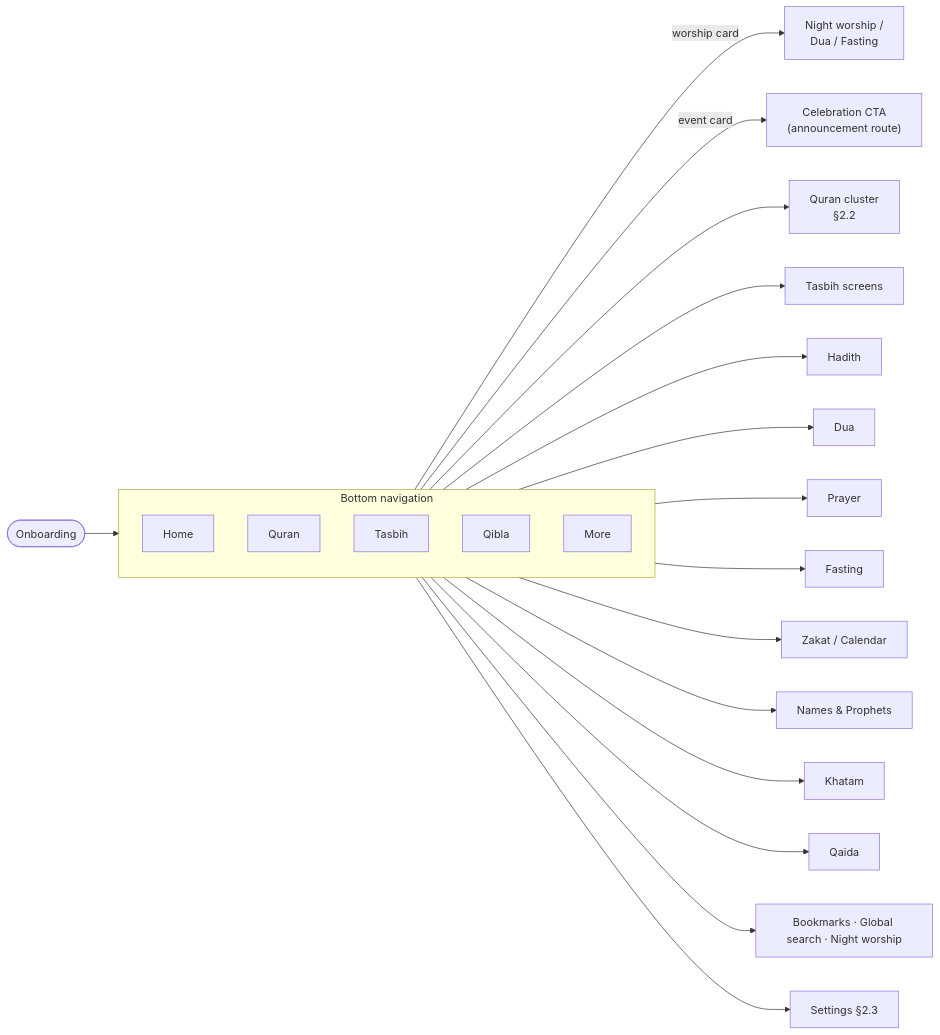
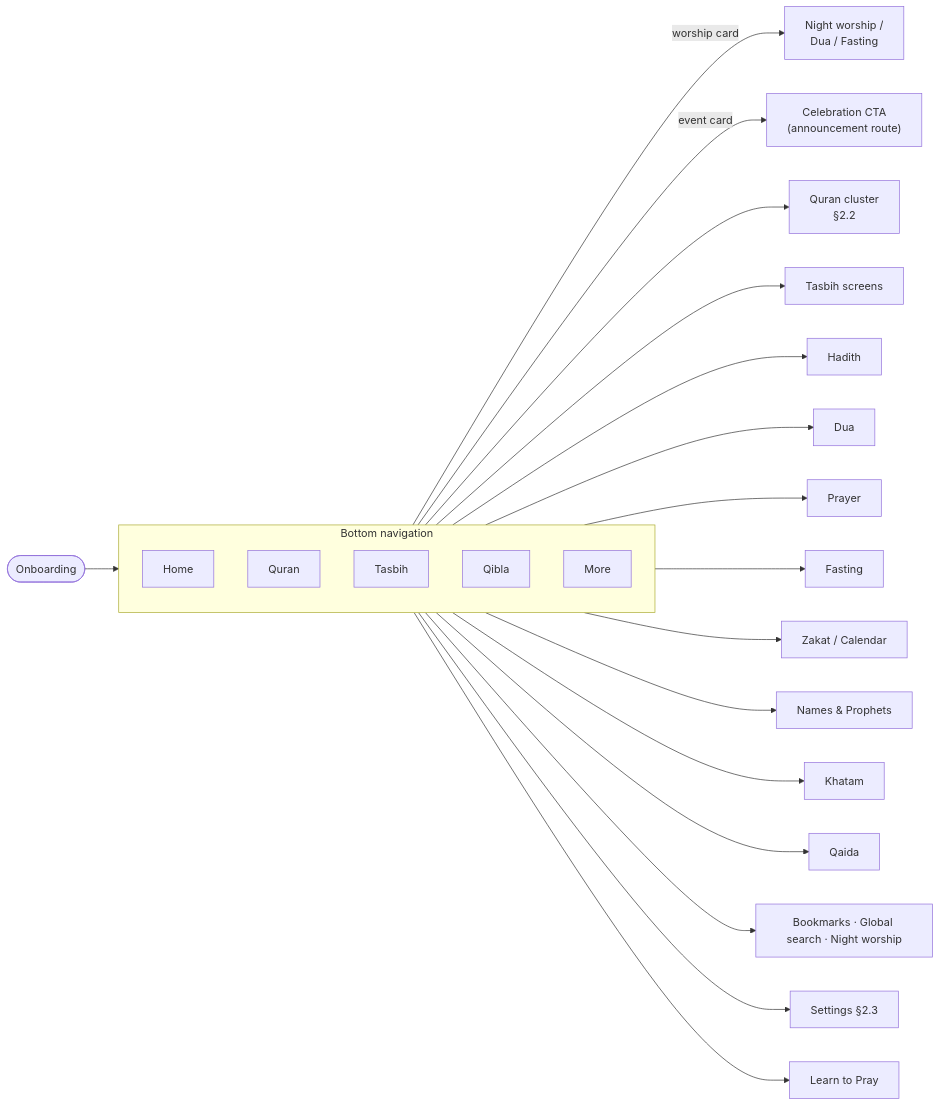
Before and after one commit to arshad-shah/Nimaz: the first of 4 diagrams in docs/NAVIGATION.md, drawn with Mermaid. The commit also changed other lines of this file and 44 other files, not shown here.

Commit message:
feat(content): add illustrated two-rakah Learn to Pray review flow

````diff
--- a/docs/NAVIGATION.md
+++ b/docs/NAVIGATION.md
@@ -106,23 +106,24 @@
 ```mermaid
 flowchart LR
     Onboard([Onboarding]) --> Home
 
     subgraph BN["Bottom navigation"]
         direction TB
         Home[Home]
         QuranHub[Quran]
         TasbihHub[Tasbih]
         Qibla[Qibla]
         More[More]
     end
 
     Home -->|worship card| NW["Night worship /<br/>Dua / Fasting"]
     Home -->|event card| Celebration["Celebration CTA<br/>(announcement route)"]
 
     QuranHub --> Q["Quran cluster<br/>§2.2"]
     TasbihHub --> T["Tasbih screens"]
     More --> H["Hadith"] & D["Dua"] & P["Prayer"] & F["Fasting"]
     More --> Z["Zakat / Calendar"] & Names["Names & Prophets"] & Kh["Khatam"] & Qaida["Qaida"]
     More --> Misc["Bookmarks · Global search · Night worship"]
     More --> S["Settings §2.3"]
+    More --> LearnToPray["Learn to Pray"]
 ```
````
